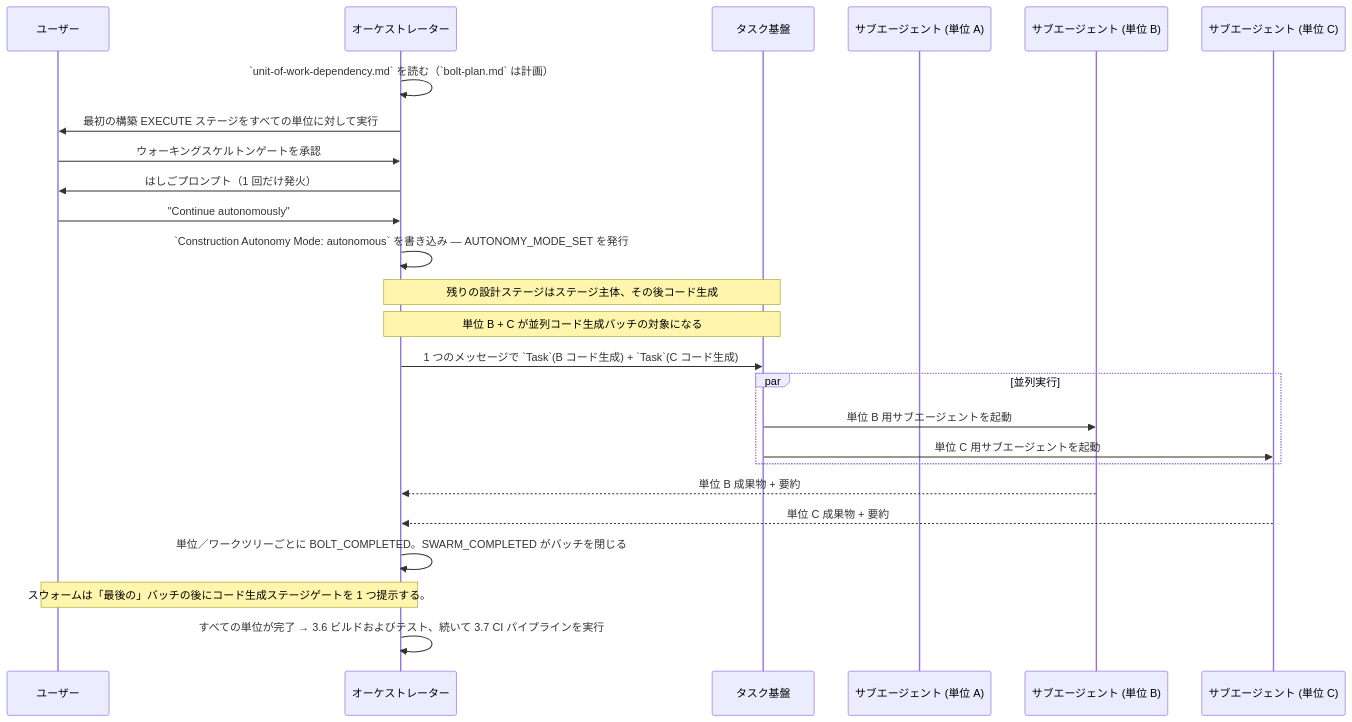
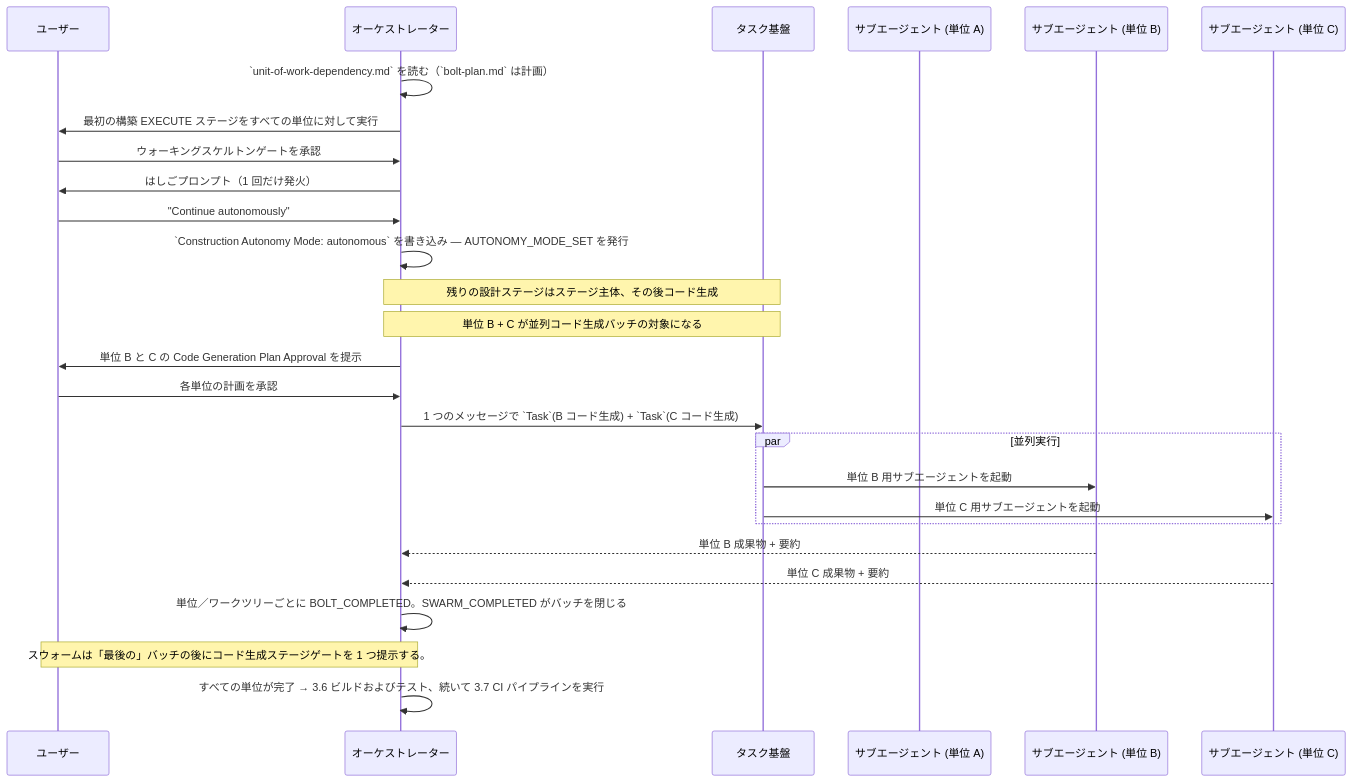
One commit to otomatty/aidlc-guide changed the third of 4 diagrams in docs/reference/ja/03-orchestrator.md. Above: the diagram before and after it, drawn with Mermaid. The commit also changed other lines of this file and 450 other files, not shown here.

````diff
--- a/docs/reference/ja/03-orchestrator.md
+++ b/docs/reference/ja/03-orchestrator.md
@@ -449,30 +455,32 @@
 ```mermaid
 sequenceDiagram
     participant U as ユーザー
     participant O as オーケストレーター
     participant T as タスク基盤
     participant UA as サブエージェント (単位 A)
     participant UB as サブエージェント (単位 B)
     participant UC as サブエージェント (単位 C)
 
     O->>O: `unit-of-work-dependency.md` を読む（`bolt-plan.md` は計画）
     O->>U: 最初の構築 EXECUTE ステージをすべての単位に対して実行
     U->>O: ウォーキングスケルトンゲートを承認
     O->>U: はしごプロンプト（1 回だけ発火）
     U->>O: "Continue autonomously"
     O->>O: `Construction Autonomy Mode: autonomous` を書き込み — AUTONOMY_MODE_SET を発行
 
     Note over O,T: 残りの設計ステージはステージ主体、その後コード生成
     Note over O,T: 単位 B + C が並列コード生成バッチの対象になる
+    O->>U: 単位 B と C の Code Generation Plan Approval を提示
+    U->>O: 各単位の計画を承認
     O->>T: 1 つのメッセージで `Task`(B コード生成) + `Task`(C コード生成)
     par 並列実行
         T->>UB: 単位 B 用サブエージェントを起動
         T->>UC: 単位 C 用サブエージェントを起動
     end
     UB-->>O: 単位 B 成果物 + 要約
     UC-->>O: 単位 C 成果物 + 要約
     O->>O: 単位／ワークツリーごとに BOLT_COMPLETED。SWARM_COMPLETED がバッチを閉じる
     Note over O,U: スウォームは「最後の」バッチの後にコード生成ステージゲートを 1 つ提示する。
 
     O->>O: すべての単位が完了 → 3.6 ビルドおよびテスト、続いて 3.7 CI パイプラインを実行
 ```
````
